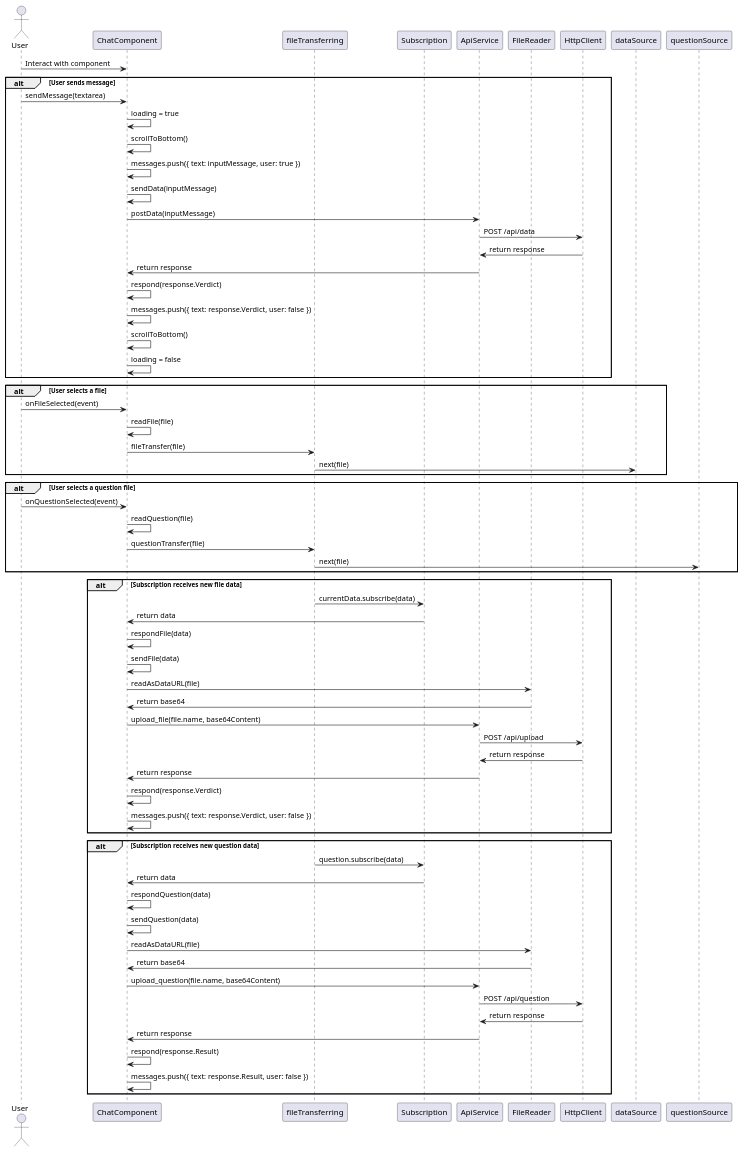
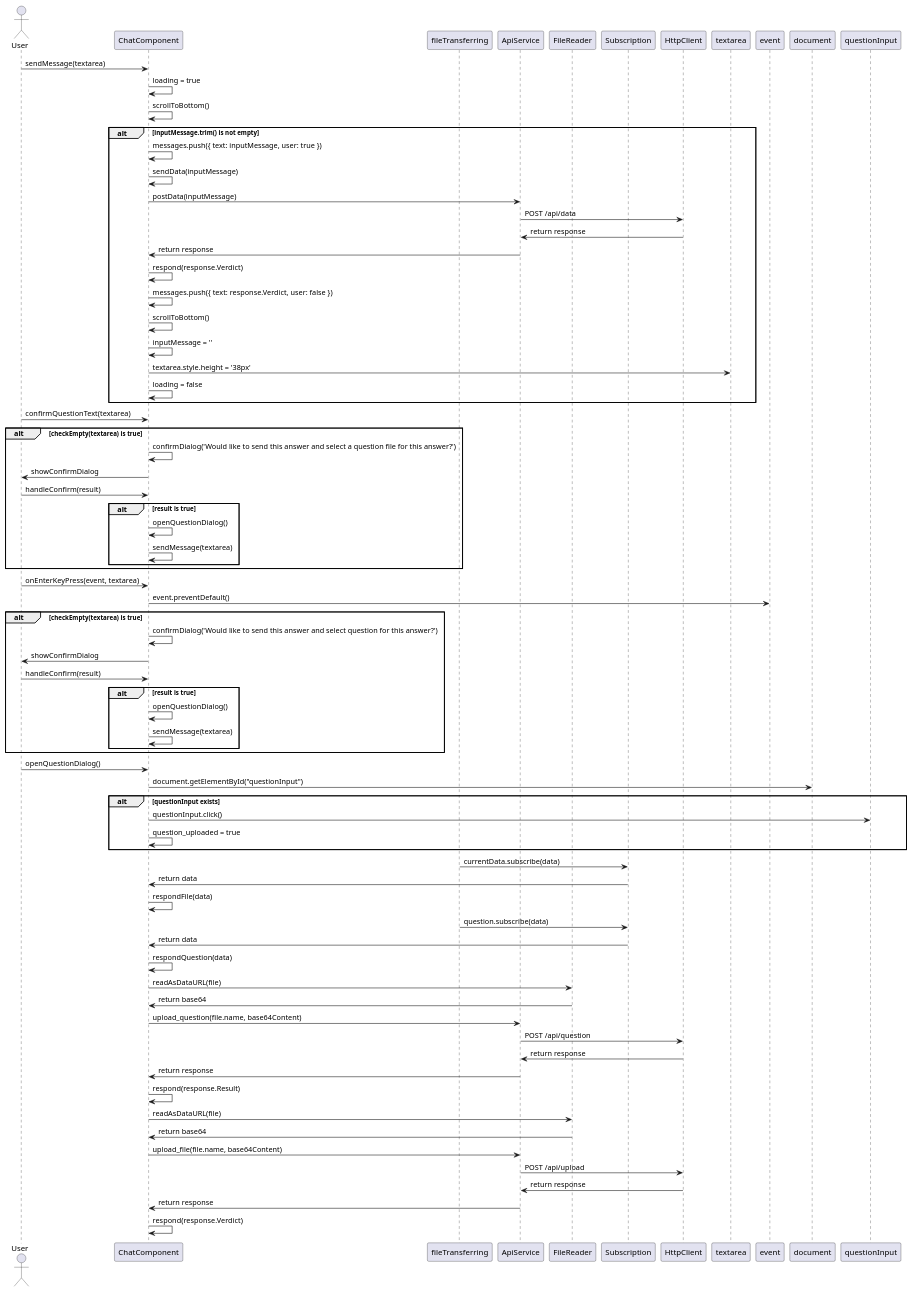
The diagram in Diagrams/Sequence Diagrams/Front End/chatcomponent.wsd (NoahS20/Grad-Project), drawn with PlantUML before and after one commit. The commit also changed 8 other files, not shown here.

```diff
--- a/Diagrams/Sequence Diagrams/Front End/chatcomponent.wsd
+++ b/Diagrams/Sequence Diagrams/Front End/chatcomponent.wsd
@@ -1,73 +1,81 @@
 @startuml
 actor User
-
 participant ChatComponent
 participant fileTransferring
-participant Subscription
 participant ApiService
 participant FileReader
-participant HttpClient
+participant Subscription
 
-User -> ChatComponent: Interact with component
-
-alt User sends message
-    User -> ChatComponent: sendMessage(textarea)
-    ChatComponent -> ChatComponent: loading = true
-    ChatComponent -> ChatComponent: scrollToBottom()
+User -> ChatComponent: sendMessage(textarea)
+ChatComponent -> ChatComponent: loading = true
+ChatComponent -> ChatComponent: scrollToBottom()
+alt inputMessage.trim() is not empty
     ChatComponent -> ChatComponent: messages.push({ text: inputMessage, user: true })
     ChatComponent -> ChatComponent: sendData(inputMessage)
     ChatComponent -> ApiService: postData(inputMessage)
     ApiService -> HttpClient: POST /api/data
     HttpClient -> ApiService: return response
     ApiService -> ChatComponent: return response
     ChatComponent -> ChatComponent: respond(response.Verdict)
     ChatComponent -> ChatComponent: messages.push({ text: response.Verdict, user: false })
     ChatComponent -> ChatComponent: scrollToBottom()
+    ChatComponent -> ChatComponent: inputMessage = ''
+    ChatComponent -> textarea: textarea.style.height = '38px'
     ChatComponent -> ChatComponent: loading = false
 end
 
-alt User selects a file
-    User -> ChatComponent: onFileSelected(event)
-    ChatComponent -> ChatComponent: readFile(file)
-    ChatComponent -> fileTransferring: fileTransfer(file)
-    fileTransferring -> dataSource: next(file)
+User -> ChatComponent: confirmQuestionText(textarea)
+alt checkEmpty(textarea) is true
+    ChatComponent -> ChatComponent: confirmDialog('Would like to send this answer and select a question file for this answer?')
+    ChatComponent -> User: showConfirmDialog
+    User -> ChatComponent: handleConfirm(result)
+    alt result is true
+        ChatComponent -> ChatComponent: openQuestionDialog()
+        ChatComponent -> ChatComponent: sendMessage(textarea)
+    end
 end
 
-alt User selects a question file
-    User -> ChatComponent: onQuestionSelected(event)
-    ChatComponent -> ChatComponent: readQuestion(file)
-    ChatComponent -> fileTransferring: questionTransfer(file)
-    fileTransferring -> questionSource: next(file)
+User -> ChatComponent: onEnterKeyPress(event, textarea)
+ChatComponent -> event: event.preventDefault()
+alt checkEmpty(textarea) is true
+    ChatComponent -> ChatComponent: confirmDialog('Would like to send this answer and select question for this answer?')
+    ChatComponent -> User: showConfirmDialog
+    User -> ChatComponent: handleConfirm(result)
+    alt result is true
+        ChatComponent -> ChatComponent: openQuestionDialog()
+        ChatComponent -> ChatComponent: sendMessage(textarea)
+    end
 end
 
-alt Subscription receives new file data
-    fileTransferring -> Subscription: currentData.subscribe(data)
-    Subscription -> ChatComponent: return data
-    ChatComponent -> ChatComponent: respondFile(data)
-    ChatComponent -> ChatComponent: sendFile(data)
-    ChatComponent -> FileReader: readAsDataURL(file)
-    FileReader -> ChatComponent: return base64
-    ChatComponent -> ApiService: upload_file(file.name, base64Content)
-    ApiService -> HttpClient: POST /api/upload
-    HttpClient -> ApiService: return response
-    ApiService -> ChatComponent: return response
-    ChatComponent -> ChatComponent: respond(response.Verdict)
-    ChatComponent -> ChatComponent: messages.push({ text: response.Verdict, user: false })
+User -> ChatComponent: openQuestionDialog()
+ChatComponent -> document: document.getElementById("questionInput")
+alt questionInput exists
+    ChatComponent -> questionInput: questionInput.click()
+    ChatComponent -> ChatComponent: question_uploaded = true
 end
 
-alt Subscription receives new question data
-    fileTransferring -> Subscription: question.subscribe(data)
-    Subscription -> ChatComponent: return data
-    ChatComponent -> ChatComponent: respondQuestion(data)
-    ChatComponent -> ChatComponent: sendQuestion(data)
-    ChatComponent -> FileReader: readAsDataURL(file)
-    FileReader -> ChatComponent: return base64
-    ChatComponent -> ApiService: upload_question(file.name, base64Content)
-    ApiService -> HttpClient: POST /api/question
-    HttpClient -> ApiService: return response
-    ApiService -> ChatComponent: return response
-    ChatComponent -> ChatComponent: respond(response.Result)
-    ChatComponent -> ChatComponent: messages.push({ text: response.Result, user: false })
-end
+fileTransferring -> Subscription: currentData.subscribe(data)
+Subscription -> ChatComponent: return data
+ChatComponent -> ChatComponent: respondFile(data)
+
+fileTransferring -> Subscription: question.subscribe(data)
+Subscription -> ChatComponent: return data
+ChatComponent -> ChatComponent: respondQuestion(data)
+
+ChatComponent -> FileReader: readAsDataURL(file)
+FileReader -> ChatComponent: return base64
+ChatComponent -> ApiService: upload_question(file.name, base64Content)
+ApiService -> HttpClient: POST /api/question
+HttpClient -> ApiService: return response
+ApiService -> ChatComponent: return response
+ChatComponent -> ChatComponent: respond(response.Result)
+
+ChatComponent -> FileReader: readAsDataURL(file)
+FileReader -> ChatComponent: return base64
+ChatComponent -> ApiService: upload_file(file.name, base64Content)
+ApiService -> HttpClient: POST /api/upload
+HttpClient -> ApiService: return response
+ApiService -> ChatComponent: return response
+ChatComponent -> ChatComponent: respond(response.Verdict)
 
 @enduml
```
